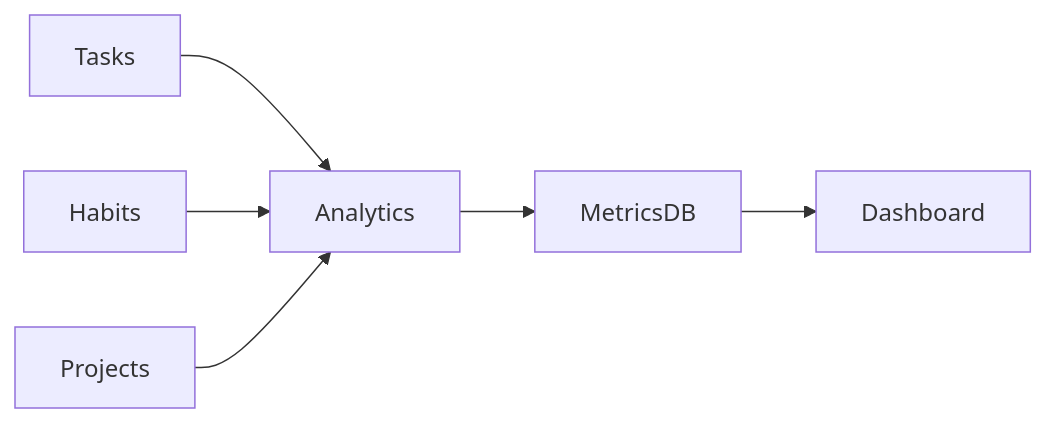
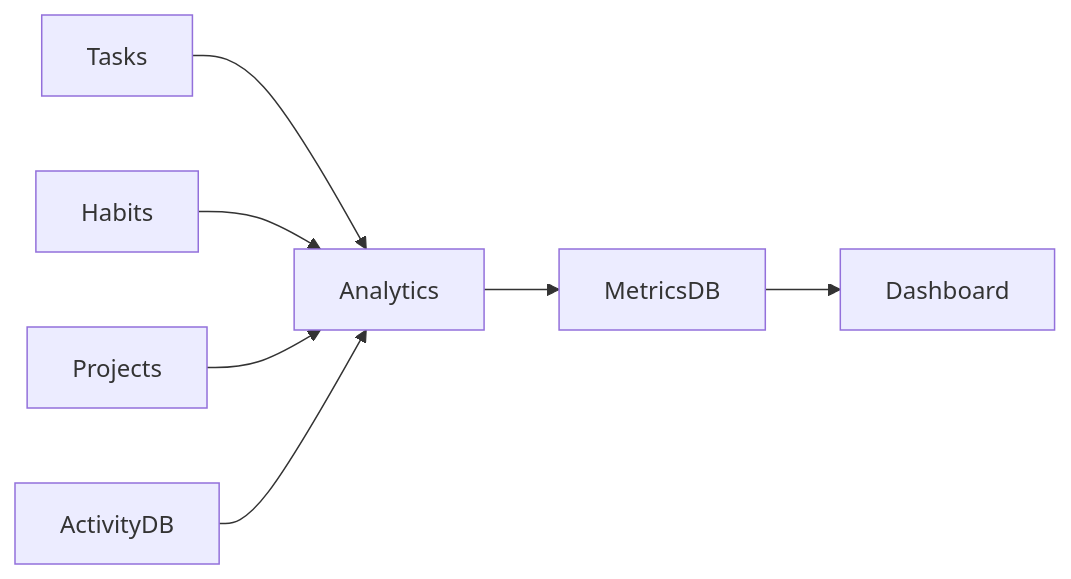
Before and after one commit to ArlagaddaMourya/habit_tracker: diagram 11 of 21 in README.md, drawn with Mermaid. The commit also changed other lines of this file and 1 other file, not shown here.

Commit message:
updated the project with user activity and backlog

````diff
--- a/README.md
+++ b/README.md
@@ -397,13 +464,15 @@
 ```mermaid
 flowchart LR
 
 Tasks --> Analytics
 
 Habits --> Analytics
 
 Projects --> Analytics
 
+ActivityDB --> Analytics
+
 Analytics --> MetricsDB
 
 MetricsDB --> Dashboard
 ```
````
